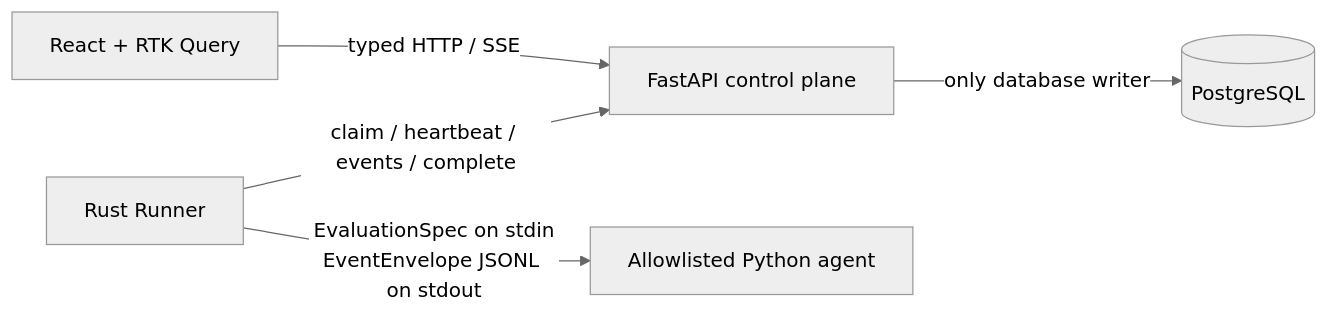
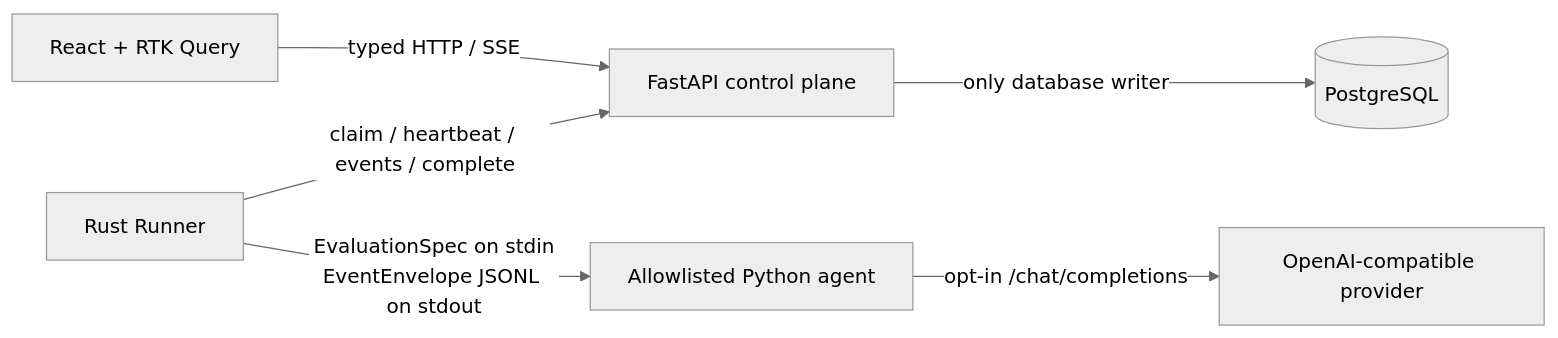
Before and after one commit to GarrisonPJ/agent-ops-platform: the diagram in docs/agentops_closed_loop_architecture.md, drawn with Mermaid (neutral theme). The commit also changed other lines of this file and 27 other files, not shown here.

Commit message:
feat: add openai-compatible provider execution

````diff
--- a/docs/agentops_closed_loop_architecture.md
+++ b/docs/agentops_closed_loop_architecture.md
@@ -33,7 +33,8 @@
 ```mermaid
 flowchart LR
     UI["React + RTK Query"] -->|"typed HTTP / SSE"| API["FastAPI control plane"]
     API -->|"only database writer"| DB[("PostgreSQL")]
     Runner["Rust Runner"] -->|"claim / heartbeat / events / complete"| API
     Runner -->|"EvaluationSpec on stdin<br/>EventEnvelope JSONL on stdout"| Agent["Allowlisted Python agent"]
+    Agent -->|"opt-in /chat/completions"| Provider["OpenAI-compatible provider"]
 ```
````
